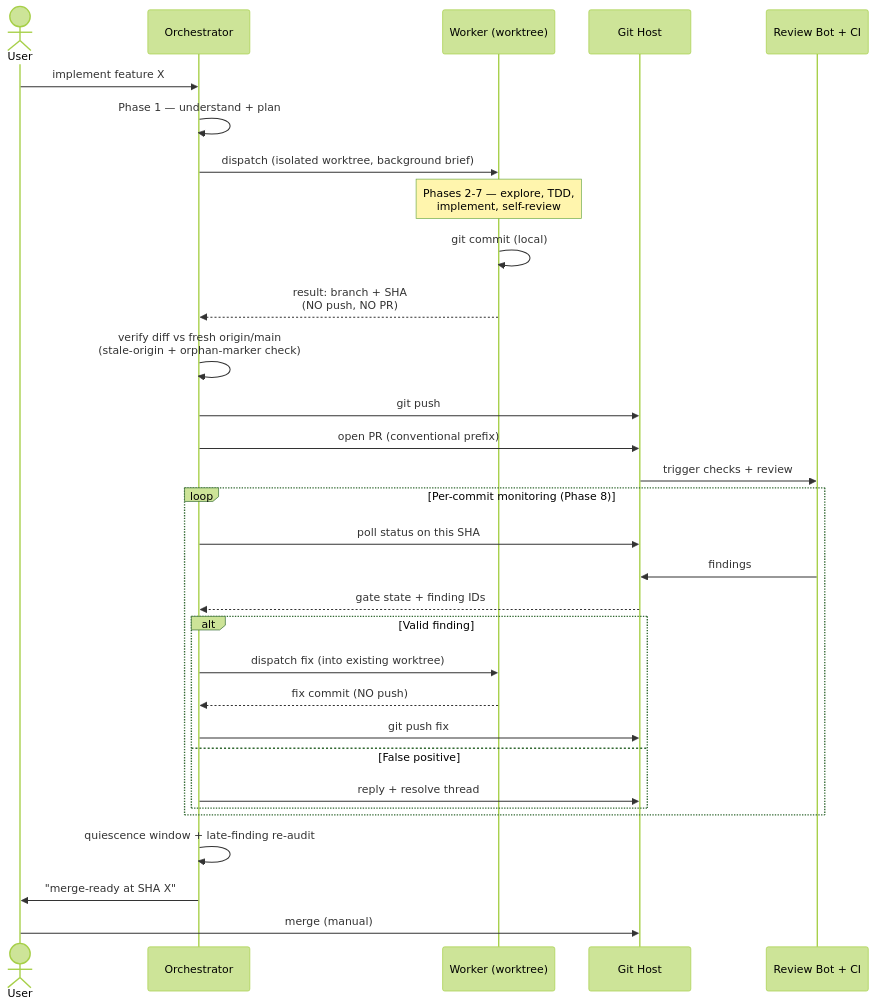
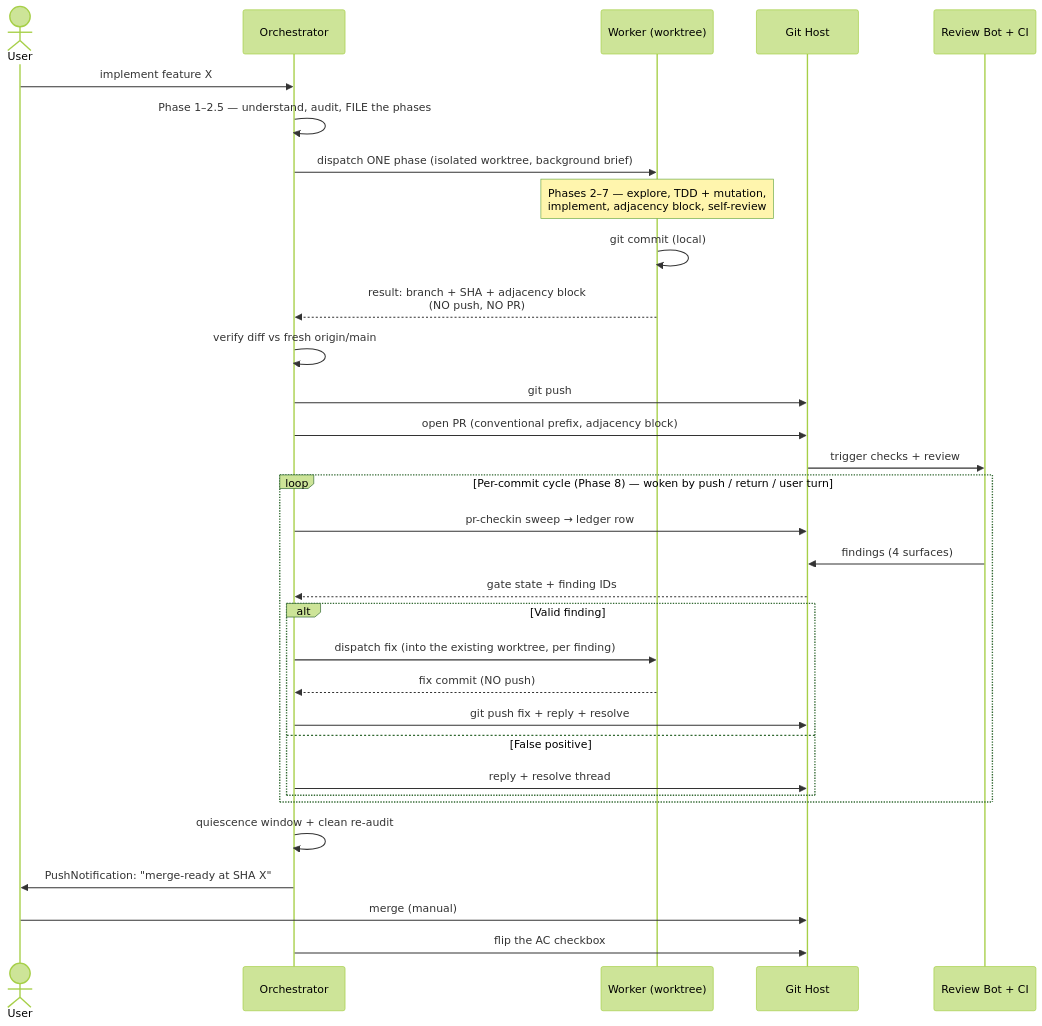
One commit to vlad-ko/claude-wizard changed the third of 5 diagrams in ARCHITECTURE.md. Above: the diagram before and after it, drawn with Mermaid (forest theme). The commit also changed other lines of this file and 31 other files, not shown here.

````diff
--- a/ARCHITECTURE.md
+++ b/ARCHITECTURE.md
@@ -125,37 +156,38 @@
 ```mermaid
 sequenceDiagram
     actor User
     participant Main as Orchestrator
     participant Sub as Worker (worktree)
     participant Host as Git Host
     participant Rev as Review Bot + CI
 
     User->>Main: implement feature X
-    Main->>Main: Phase 1 — understand + plan
-    Main->>Sub: dispatch (isolated worktree, background brief)
-    Note over Sub: Phases 2-7 — explore, TDD,<br/>implement, self-review
+    Main->>Main: Phase 1–2.5 — understand, audit, FILE the phases
+    Main->>Sub: dispatch ONE phase (isolated worktree, background brief)
+    Note over Sub: Phases 2–7 — explore, TDD + mutation,<br/>implement, adjacency block, self-review
     Sub->>Sub: git commit (local)
-    Sub-->>Main: result: branch + SHA<br/>(NO push, NO PR)
+    Sub-->>Main: result: branch + SHA + adjacency block<br/>(NO push, NO PR)
 
-    Main->>Main: verify diff vs fresh origin/main<br/>(stale-origin + orphan-marker check)
+    Main->>Main: verify diff vs fresh origin/main
     Main->>Host: git push
-    Main->>Host: open PR (conventional prefix)
+    Main->>Host: open PR (conventional prefix, adjacency block)
     Host->>Rev: trigger checks + review
 
-    loop Per-commit monitoring (Phase 8)
-        Main->>Host: poll status on this SHA
-        Rev->>Host: findings
+    loop Per-commit cycle (Phase 8) — woken by push / return / user turn
+        Main->>Host: pr-checkin sweep → ledger row
+        Rev->>Host: findings (4 surfaces)
         Host-->>Main: gate state + finding IDs
         alt Valid finding
-            Main->>Sub: dispatch fix (into existing worktree)
+            Main->>Sub: dispatch fix (into the existing worktree, per finding)
             Sub-->>Main: fix commit (NO push)
-            Main->>Host: git push fix
+            Main->>Host: git push fix + reply + resolve
         else False positive
             Main->>Host: reply + resolve thread
         end
     end
 
-    Main->>Main: quiescence window + late-finding re-audit
-    Main->>User: "merge-ready at SHA X"
+    Main->>Main: quiescence window + clean re-audit
+    Main->>User: PushNotification: "merge-ready at SHA X"
     User->>Host: merge (manual)
+    Main->>Host: flip the AC checkbox
 ```
````
